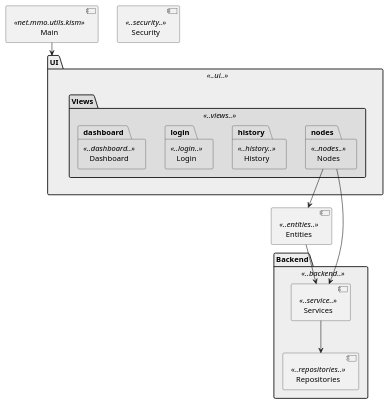
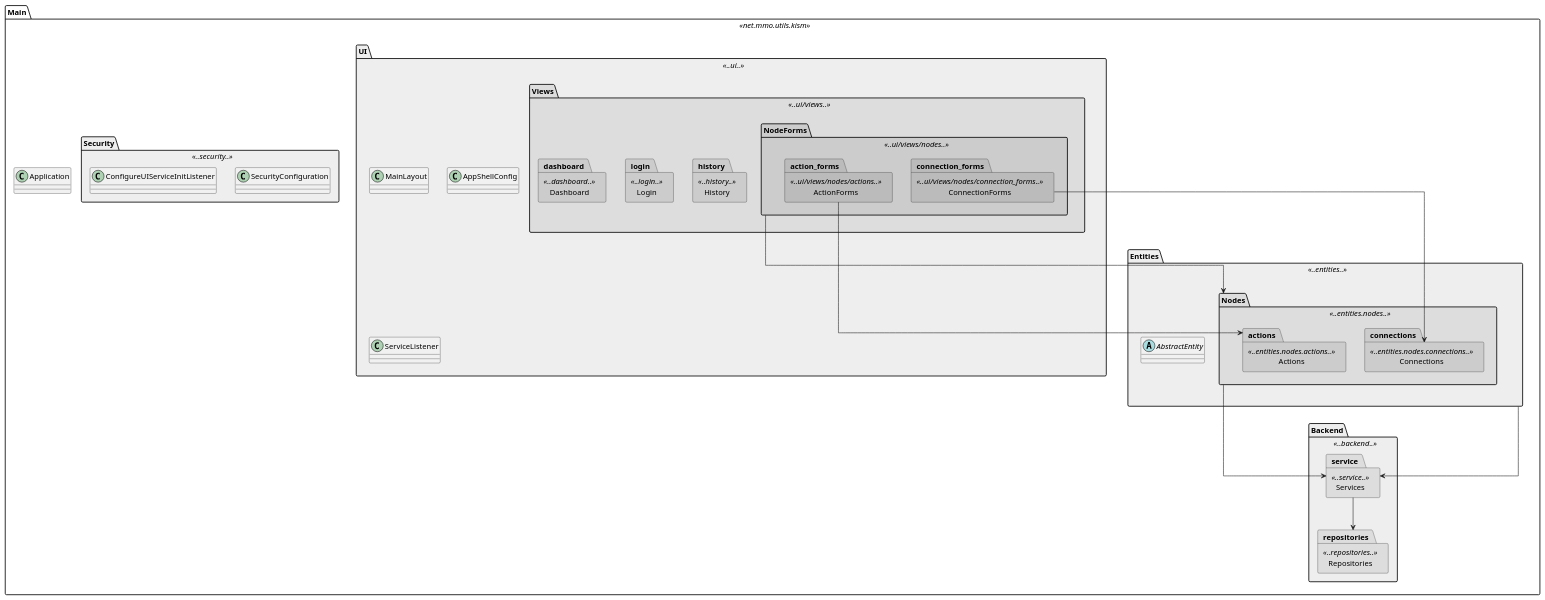
One commit to mmoser18/kismon changed the diagram in docs/kismon.puml. Above: the diagram before and after it, drawn with PlantUML. The commit also changed 9 other files, not shown here.

```diff
--- a/docs/kismon.puml
+++ b/docs/kismon.puml
@@ -1,35 +1,70 @@
 @startuml
 
-[Main] <<net.mmo.utils.kism>> as main
+'skinparam linetype polyline
+skinparam linetype ortho
 
-package "UI" <<..ui..>> as ui #EEEEEE {
-	package "Views" <<..views..>> as views #DDDDDD {
-		package "Nodes" <<..nodes..>> as nodes #DDDDDD {
+package "Main" <<net.mmo.utils.kism>> as main [[../src/main/java/net/mmo/utils/kism]] {
+
+	class Application [[../src/main/java/net/mmo/utils/kism/Application.java]]
+
+	package "UI" <<..ui..>> as ui [[../src/main/java/net/mmo/utils/kism/ui]] #EEEEEE {
+
+		package "Views" <<..ui/views..>> as views [[../src/main/java/net/mmo/utils/kism/ui/views]] #DDDDDD {
+			package "NodeForms" <<..ui/views/nodes..>> as node_forms [[../src/main/java/net/mmo/utils/kism/ui/views/nodes]] #CCCCCC {
+				package "ConnectionForms" <<..ui/views/nodes/connection_forms..>> as connection_forms [[../src/main/java/net/mmo/utils/kism/ui/views/nodes/connection_forms]] #BBBBBB {
+				}
+				package "ActionForms" <<..ui/views/nodes/actions..>> as action_forms [[../src/main/java/net/mmo/utils/kism/ui/views/nodes/actions]] #BBBBBB {
+				}
+			}
+			package "History" <<..history..>> as history [[../src/main/java/net/mmo/utils/kism/ui/views/history]] #CCCCCC {
+			}
+			package "Login" <<..login..>> as login [[../src/main/java/net/mmo/utils/kism/ui/views/login]] #CCCCCC {
+			}
+			package "Dashboard" <<..dashboard..>> as dashboard [[../src/main/java/net/mmo/utils/kism/ui/views/dashboard]] #CCCCCC {
+			}
 		}
-		package "History" <<..history..>> as history #DDDDDD {
-		}
-		package "Login" <<..login..>> as login #DDDDDD {
-		}
-		package "Dashboard" <<..dashboard..>> as dashboard #DDDDDD {
+		
+		class MainLayout [[../src/main/java/net/mmo/utils/kism/ui/MainLayout.java]]
+		class AppShellConfig [[../src/main/java/net/mmo/utils/kism/ui/AppShellConfig.java]]
+		class ServiceListener [[../src/main/java/net/mmo/utils/kism/ui/ServiceListener.java]]
+	}
+
+	package "Entities" <<..entities..>> as entities #EEEEEE {
+
+		abstract class AbstractEntity [[../src/main/java/net/mmo/utils/kism/entities/AbstractEntity.java]]
+		
+		package "Nodes" <<..entities.nodes..>> as nodes [[../src/main/java/net/mmo/utils/kism/entities/nodes]] #DDDDDD {
+			package "Connections" <<..entities.nodes.connections..>> as connections [[../src/main/java/net/mmo/utils/kism/entities/nodes/connections]] #CCCCCC {
+			}
+			package "Actions" <<..entities.nodes.actions..>> as actions [[../src/main/java/net/mmo/utils/kism/entities/nodes/actions]] #CCCCCC {
+			}
 		}
 	}
+
+	package "Backend" <<..backend..>> as backend #EEEEEE {
+		package "Services" <<..service..>> as service #DDDDDD {
+		}
+		package "Repositories" <<..repositories..>> as repositories #DDDDDD {
+		}
+	}
+
+	package "Security" <<..security..>> as security #EEEEEE {
+		class SecurityConfiguration [[../src/main/java/net/mmo/utils/kism/security/SecurityConfiguration.java]]
+		class ConfigureUIServiceInitListener [[../src/main/java/net/mmo/utils/kism/security/ConfigureUIServiceInitListener.java]]
+	}
+
+	ui -[hidden]-> entities
+
+	nodes --> service
+	
+	entities --> service
+	
+	service --> repositories
+	
+	node_forms --> nodes
+	connection_forms --> connections
+	action_forms --> actions
+
 }
 
-[Entities] <<..entities..>> as entities
-[Security] <<..security..>> as security
-
-package "Backend" <<..backend..>> as backend #EEEEEE {
-	[Services] <<..service..>> as service
-	[Repositories] <<..repositories..>> as repositories
-}
-
-main --> ui
-
-nodes --> entities
-nodes --> service
-
-entities --> service
-
-service --> repositories
-
 @enduml
```
